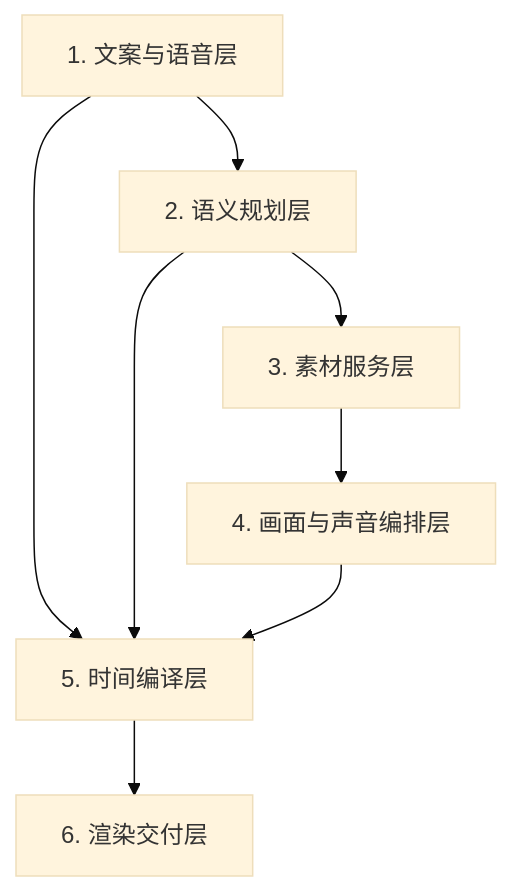
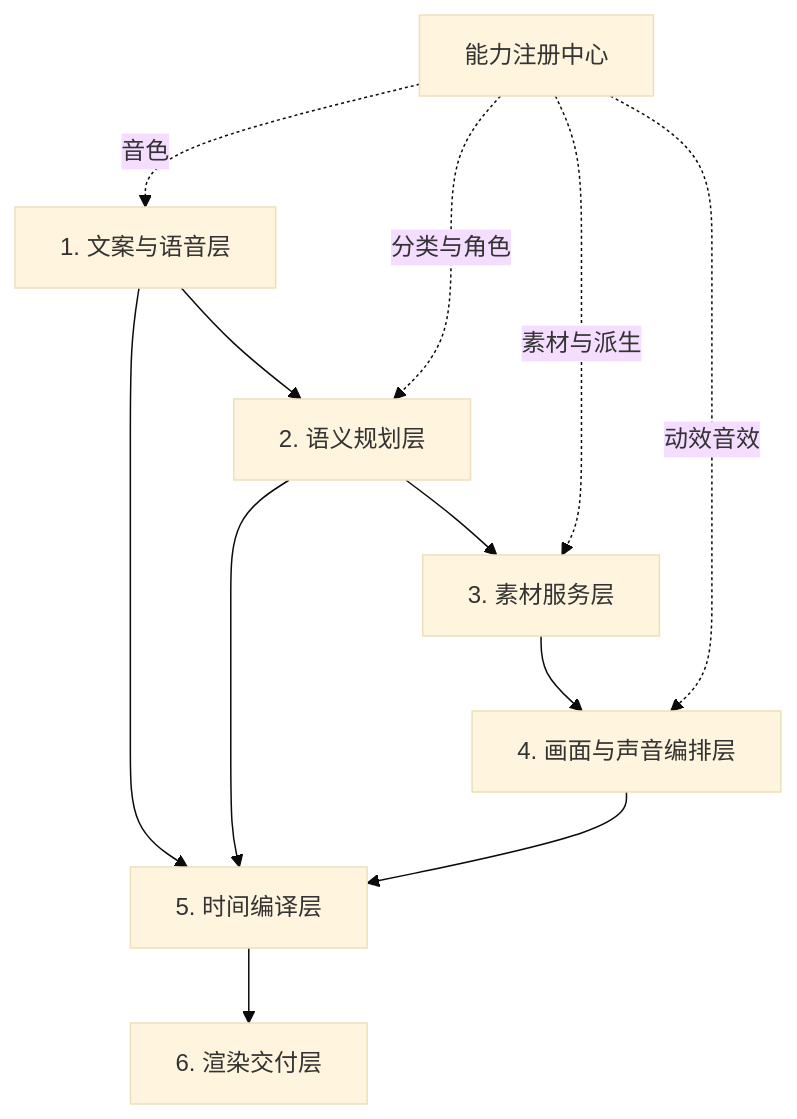
One commit to 60ke/video-agent changed the first of 2 diagrams in docs/video_agent_v4_architecture_framework_20260717.md. Above: the diagram before and after it, drawn with Mermaid (base theme). The commit also changed other lines of this file, not shown here.

````diff
--- a/docs/video_agent_v4_architecture_framework_20260717.md
+++ b/docs/video_agent_v4_architecture_framework_20260717.md
@@ -49,17 +54,22 @@
 ```mermaid
 flowchart TB
     L1[1. 文案与语音层]
     L2[2. 语义规划层]
     L3[3. 素材服务层]
     L4[4. 画面与声音编排层]
     L5[5. 时间编译层]
     L6[6. 渲染交付层]
+    HUB[能力注册中心]
 
     L1 --> L2
     L2 --> L3
     L3 --> L4
     L1 --> L5
     L2 --> L5
     L4 --> L5
     L5 --> L6
+    HUB -.分类与角色.-> L2
+    HUB -.素材与派生.-> L3
+    HUB -.动效音效.-> L4
+    HUB -.音色.-> L1
 ```
````
